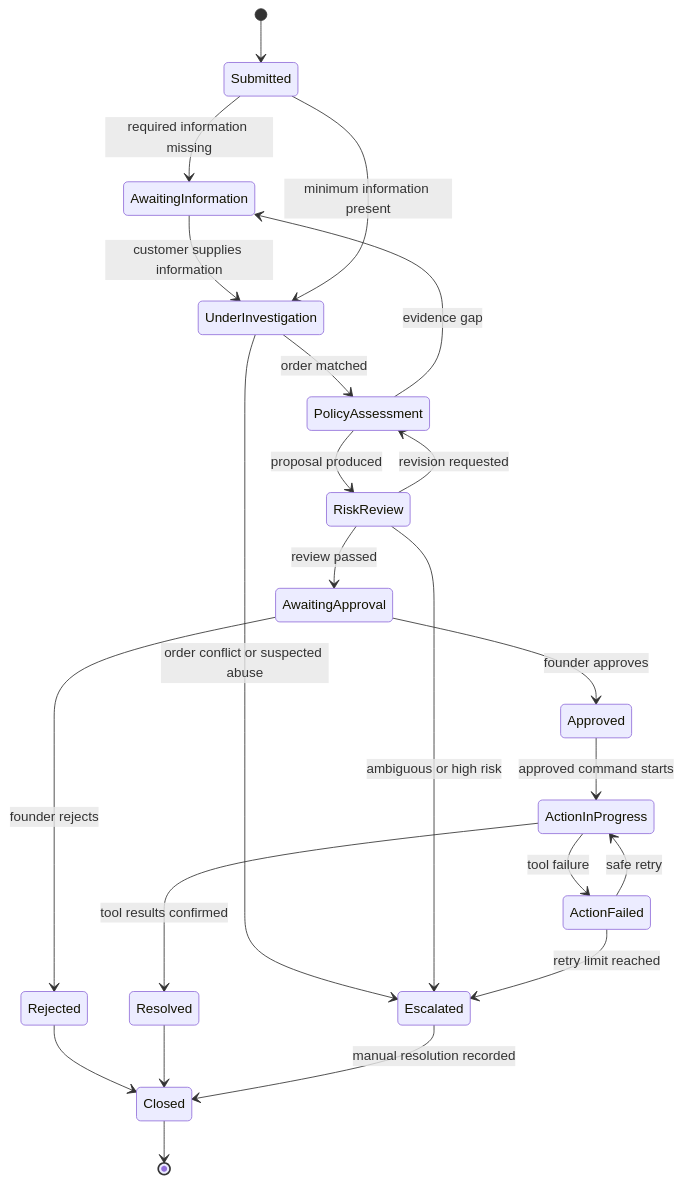
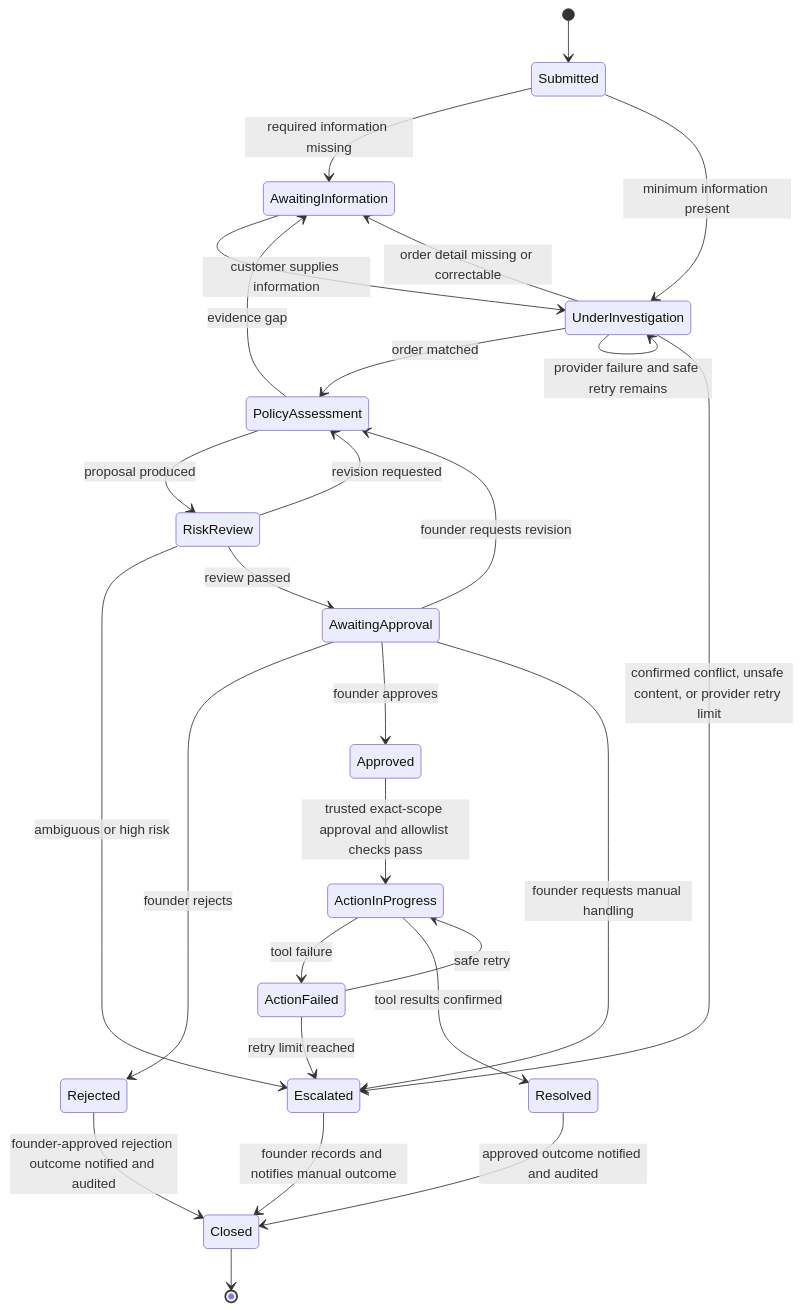
The second of 3 diagrams in docs/02-system-design.md (shuxiachai/returnops-au), drawn with Mermaid before and after one commit. The commit also changed other lines of this file and 11 other files, not shown here.

````diff
--- a/docs/02-system-design.md
+++ b/docs/02-system-design.md
@@ -89,25 +93,29 @@
 ```mermaid
 stateDiagram-v2
     [*] --> Submitted
     Submitted --> AwaitingInformation: required information missing
     AwaitingInformation --> UnderInvestigation: customer supplies information
     Submitted --> UnderInvestigation: minimum information present
     UnderInvestigation --> PolicyAssessment: order matched
-    UnderInvestigation --> Escalated: order conflict or suspected abuse
+    UnderInvestigation --> AwaitingInformation: order detail missing or correctable
+    UnderInvestigation --> UnderInvestigation: provider failure and safe retry remains
+    UnderInvestigation --> Escalated: confirmed conflict, unsafe content, or provider retry limit
     PolicyAssessment --> AwaitingInformation: evidence gap
     PolicyAssessment --> RiskReview: proposal produced
     RiskReview --> PolicyAssessment: revision requested
     RiskReview --> Escalated: ambiguous or high risk
     RiskReview --> AwaitingApproval: review passed
     AwaitingApproval --> Rejected: founder rejects
     AwaitingApproval --> Approved: founder approves
-    Approved --> ActionInProgress: approved command starts
+    AwaitingApproval --> PolicyAssessment: founder requests revision
+    AwaitingApproval --> Escalated: founder requests manual handling
+    Approved --> ActionInProgress: trusted exact-scope approval and allowlist checks pass
     ActionInProgress --> ActionFailed: tool failure
     ActionFailed --> ActionInProgress: safe retry
     ActionFailed --> Escalated: retry limit reached
     ActionInProgress --> Resolved: tool results confirmed
-    Rejected --> Closed
-    Resolved --> Closed
-    Escalated --> Closed: manual resolution recorded
+    Rejected --> Closed: founder-approved rejection outcome notified and audited
+    Resolved --> Closed: approved outcome notified and audited
+    Escalated --> Closed: founder records and notifies manual outcome
     Closed --> [*]
 ```
````
